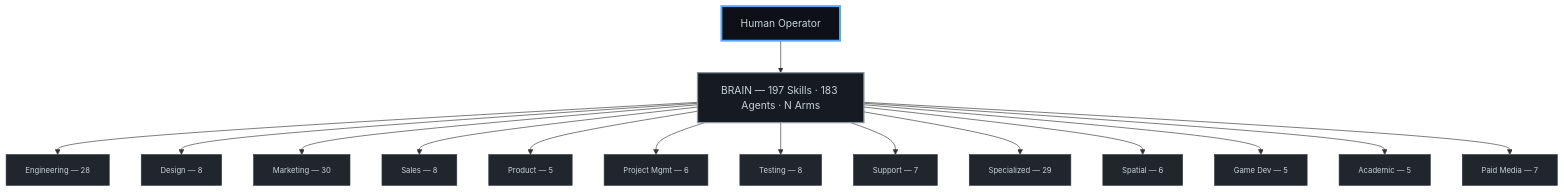
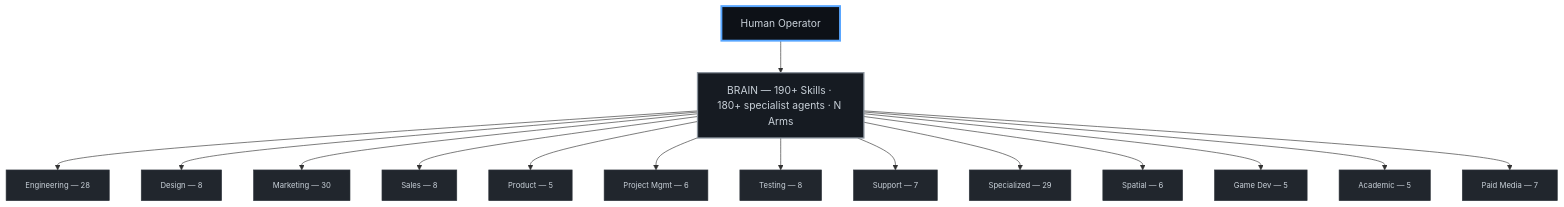
The diagram in README.md (CarlosCaPe/octorato), drawn with Mermaid before and after one commit. The commit also changed other lines of this file and 2 other files, not shown here.

````diff
--- a/README.md
+++ b/README.md
@@ -600,24 +600,24 @@
 ```mermaid
 graph TB
     classDef ceo fill:#0D1117,stroke:#58A6FF,stroke-width:3px,color:#C9D1D9
     classDef brain fill:#161B22,stroke:#8B949E,stroke-width:2px,color:#C9D1D9
     classDef div fill:#21262D,stroke:#30363D,stroke-width:1px,color:#C9D1D9,font-size:12px
 
     CEO["Human Operator"]:::ceo
-    BRAIN["BRAIN — 197 Skills · 183 Agents · N Arms"]:::brain
+    BRAIN["BRAIN — 190+ Skills · 180+ specialist agents · N Arms"]:::brain
     CEO --> BRAIN
 
     BRAIN --> ENG["Engineering — 28"]:::div
     BRAIN --> DES["Design — 8"]:::div
     BRAIN --> MKT["Marketing — 30"]:::div
     BRAIN --> SAL["Sales — 8"]:::div
     BRAIN --> PRD["Product — 5"]:::div
     BRAIN --> PM["Project Mgmt — 6"]:::div
     BRAIN --> TST["Testing — 8"]:::div
     BRAIN --> SUP["Support — 7"]:::div
     BRAIN --> SPC["Specialized — 29"]:::div
     BRAIN --> XR["Spatial — 6"]:::div
     BRAIN --> GMD["Game Dev — 5"]:::div
     BRAIN --> ACD["Academic — 5"]:::div
     BRAIN --> PMA["Paid Media — 7"]:::div
 ```
````
